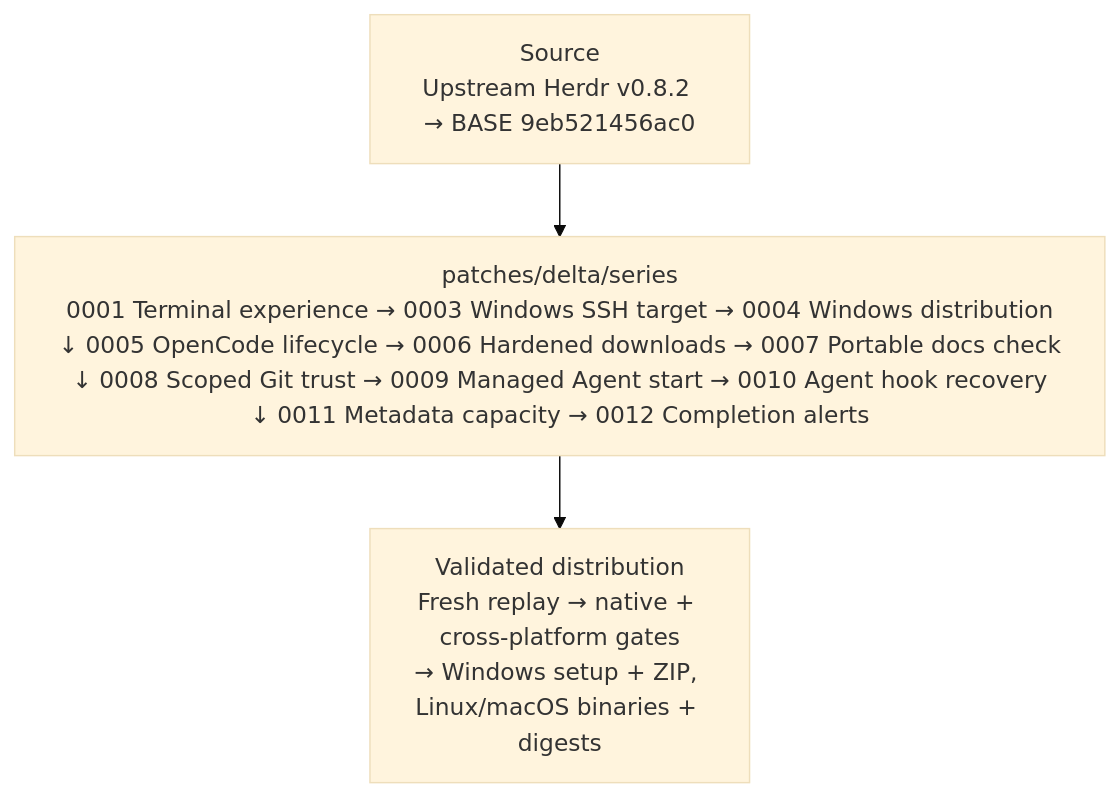
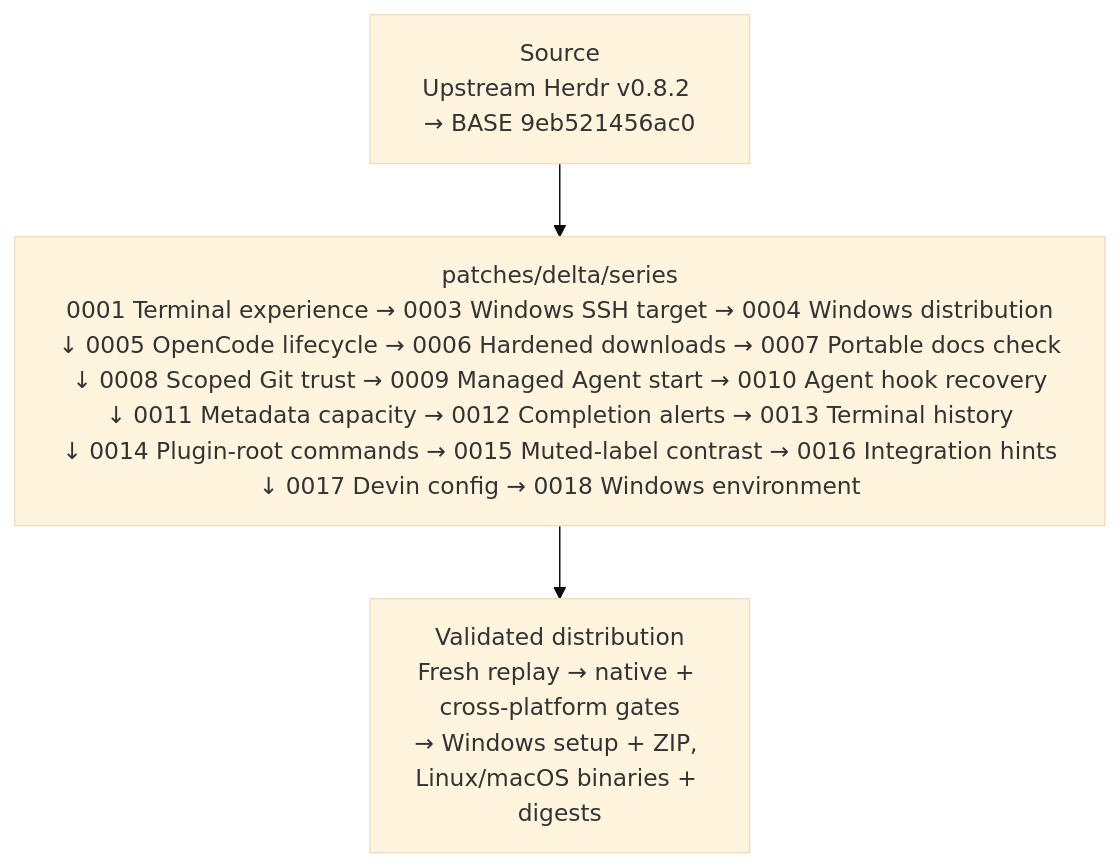
Before and after one commit to hdosys/herdr-win: the diagram in README.md, drawn with Mermaid (base theme). The commit also changed other lines of this file and 20 other files, not shown here.

````diff
--- a/README.md
+++ b/README.md
@@ -28,7 +28,7 @@
 ```mermaid
 flowchart TB
     S["Source<br/>Upstream Herdr v0.8.2 → BASE 9eb521456ac0"]
-    Q["patches/delta/series<br/>0001&nbsp;Terminal&nbsp;experience&nbsp;→&nbsp;0003&nbsp;Windows&nbsp;SSH&nbsp;target&nbsp;→&nbsp;0004&nbsp;Windows&nbsp;distribution<br/>↓&nbsp;0005&nbsp;OpenCode&nbsp;lifecycle&nbsp;→&nbsp;0006&nbsp;Hardened&nbsp;downloads&nbsp;→&nbsp;0007&nbsp;Portable&nbsp;docs&nbsp;check<br/>↓&nbsp;0008&nbsp;Scoped&nbsp;Git&nbsp;trust&nbsp;→&nbsp;0009&nbsp;Managed&nbsp;Agent&nbsp;start&nbsp;→&nbsp;0010&nbsp;Agent&nbsp;hook&nbsp;recovery<br/>↓&nbsp;0011&nbsp;Metadata&nbsp;capacity&nbsp;→&nbsp;0012&nbsp;Completion&nbsp;alerts"]
+    Q["patches/delta/series<br/>0001&nbsp;Terminal&nbsp;experience&nbsp;→&nbsp;0003&nbsp;Windows&nbsp;SSH&nbsp;target&nbsp;→&nbsp;0004&nbsp;Windows&nbsp;distribution<br/>↓&nbsp;0005&nbsp;OpenCode&nbsp;lifecycle&nbsp;→&nbsp;0006&nbsp;Hardened&nbsp;downloads&nbsp;→&nbsp;0007&nbsp;Portable&nbsp;docs&nbsp;check<br/>↓&nbsp;0008&nbsp;Scoped&nbsp;Git&nbsp;trust&nbsp;→&nbsp;0009&nbsp;Managed&nbsp;Agent&nbsp;start&nbsp;→&nbsp;0010&nbsp;Agent&nbsp;hook&nbsp;recovery<br/>↓&nbsp;0011&nbsp;Metadata&nbsp;capacity&nbsp;→&nbsp;0012&nbsp;Completion&nbsp;alerts&nbsp;→&nbsp;0013&nbsp;Terminal&nbsp;history<br/>↓&nbsp;0014&nbsp;Plugin-root&nbsp;commands&nbsp;→&nbsp;0015&nbsp;Muted-label&nbsp;contrast&nbsp;→&nbsp;0016&nbsp;Integration&nbsp;hints<br/>↓&nbsp;0017&nbsp;Devin&nbsp;config&nbsp;→&nbsp;0018&nbsp;Windows&nbsp;environment"]
     V["Validated distribution<br/>Fresh replay → native + cross-platform gates<br/>→ Windows setup + ZIP, Linux/macOS binaries + digests"]
     S --> Q --> V
 ```
````
